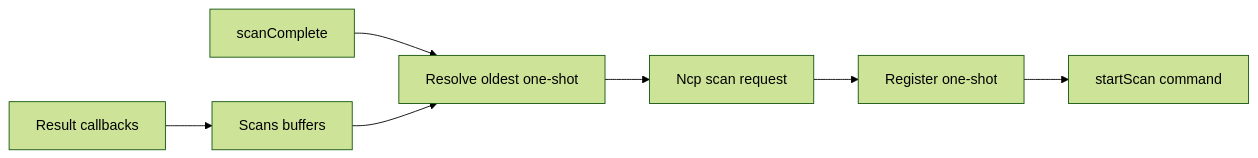
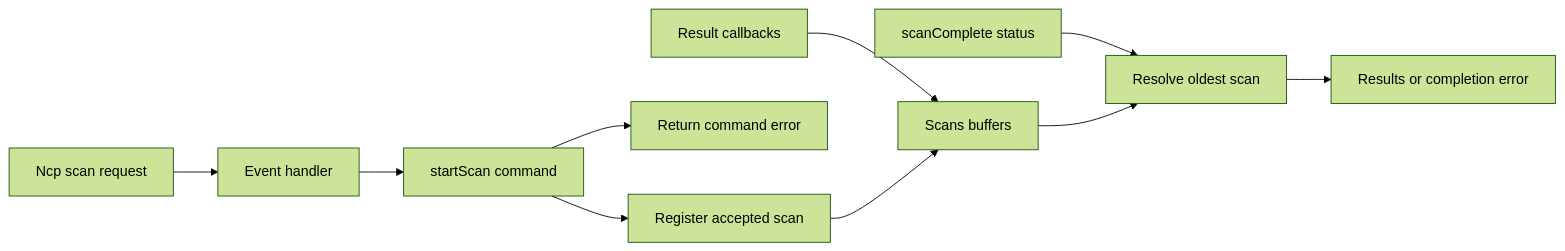
One commit to uplg/ezsp changed the fourth of 9 diagrams in ARCHITECTURE.md. Above: the diagram before and after it, drawn with Mermaid (forest theme). The commit also changed other lines of this file and 5 other files, not shown here.

Commit message:
fix: correlate only accepted scans and propagate completion errors

````diff
--- a/ARCHITECTURE.md
+++ b/ARCHITECTURE.md
@@ -260,9 +275,12 @@
 ```mermaid
 flowchart LR
-    request[Ncp scan request] --> register[Register one-shot]
-    register --> command[startScan command]
+    request[Ncp scan request] --> handler[Event handler]
+    handler --> command[startScan command]
+    command --> accepted[Register accepted scan]
+    command --> rejected[Return command error]
     callbacks[Result callbacks] --> buffer[Scans buffers]
-    complete[scanComplete] --> resolve[Resolve oldest one-shot]
+    accepted --> buffer
+    complete[scanComplete status] --> resolve[Resolve oldest scan]
     buffer --> resolve
-    resolve --> request
+    resolve --> result[Results or completion error]
 ```
````
